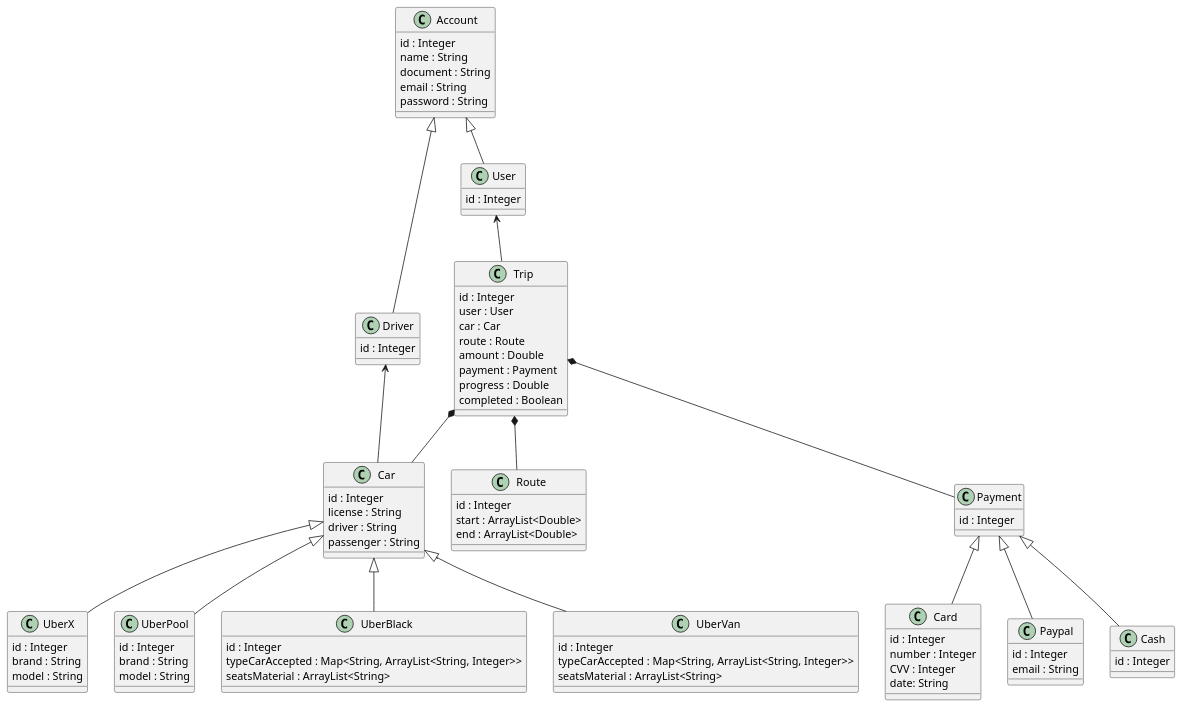
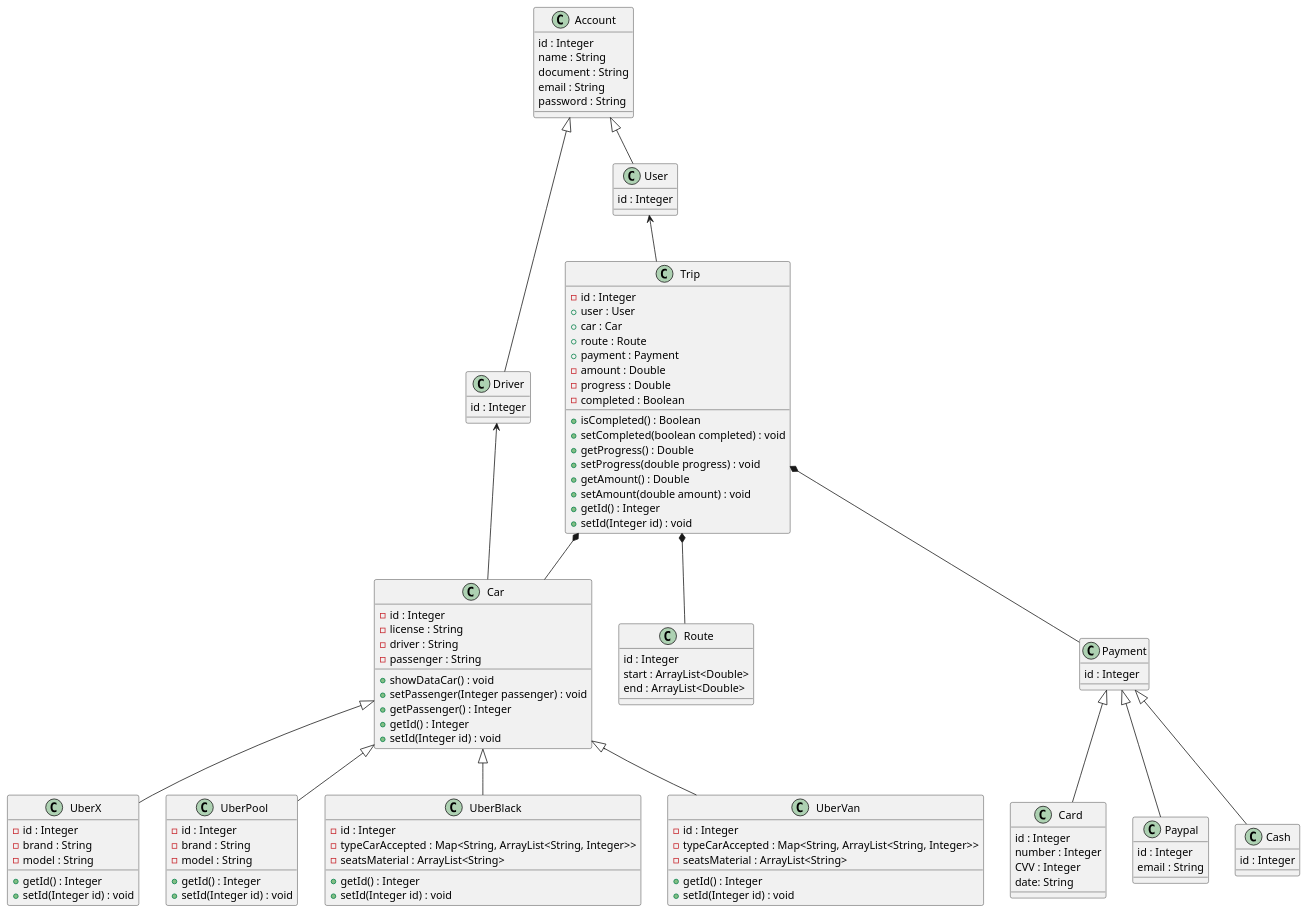
Before and after one commit to jsebasdm/AppUberPOO: the diagram in umldiagram.puml, drawn with PlantUML. The commit also changed 12 other files, not shown here.

Commit message:
Cambios en los archivos de Java: Encapsulamiento y Polimorfirmo en las clases de la familia 'Car' y adición de la clase Trip, con sus atributos, sus métodos y su metodo constructor, además cambios en modificadores de acceso y métodos en el diagrama de clases UML

```diff
--- a/umldiagram.puml
+++ b/umldiagram.puml
@@ -1,86 +1,107 @@
 @startuml
 class Account {
     id : Integer
     name : String
     document : String
     email : String
     password : String
 }
 class Car {
-    id : Integer
-    license : String
-    driver : String
-    passenger : String
+    -id : Integer
+    -license : String
+    -driver : String
+    -passenger : String
+    +showDataCar() : void
+    +setPassenger(Integer passenger) : void
+    +getPassenger() : Integer
+    +getId() : Integer
+    +setId(Integer id) : void
 }
 class Route {
     id : Integer
     start : ArrayList<Double>
     end : ArrayList<Double>
 }
 class Payment {
     id : Integer
 }
 class User {
     id : Integer
 }
 class Driver {
     id : Integer
 }
 class Card {
     id : Integer
     number : Integer
     CVV : Integer
     date: String
 }
 class Paypal {
     id : Integer
     email : String
 }
 class Cash {
     id : Integer
 }
 class UberX {
-    id : Integer
-    brand : String
-    model : String
+    -id : Integer
+    -brand : String
+    -model : String
+    +getId() : Integer
+    +setId(Integer id) : void
 }
 class UberPool {
-    id : Integer
-    brand : String
-    model : String
+    -id : Integer
+    -brand : String
+    -model : String
+    +getId() : Integer
+    +setId(Integer id) : void
 }
 class UberBlack {
-    id : Integer
-    typeCarAccepted : Map<String, ArrayList<String, Integer>>
-    seatsMaterial : ArrayList<String>
+    -id : Integer
+    -typeCarAccepted : Map<String, ArrayList<String, Integer>>
+    -seatsMaterial : ArrayList<String>
+    +getId() : Integer
+    +setId(Integer id) : void
 }
 class UberVan {
-    id : Integer
-    typeCarAccepted : Map<String, ArrayList<String, Integer>>
-    seatsMaterial : ArrayList<String>
+    -id : Integer
+    -typeCarAccepted : Map<String, ArrayList<String, Integer>>
+    -seatsMaterial : ArrayList<String>
+    +getId() : Integer
+    +setId(Integer id) : void
 }
 class Trip {
-    id : Integer
-    user : User
-    car : Car
-    route : Route
-    amount : Double
-    payment : Payment
-    progress : Double
-    completed : Boolean
+    -id : Integer
+    +user : User
+    +car : Car
+    +route : Route
+    +payment : Payment
+    -amount : Double
+    -progress : Double
+    -completed : Boolean
+    +isCompleted() : Boolean
+    +setCompleted(boolean completed) : void
+    +getProgress() : Double
+    +setProgress(double progress) : void
+    +getAmount() : Double
+    +setAmount(double amount) : void
+    +getId() : Integer
+    +setId(Integer id) : void
 }
 Car <|-- UberX
 Car <|-- UberPool
 Car <|-- UberBlack
 Car <|-- UberVan
 Payment <|-- Cash
 Payment <|-- Card
 Payment <|-- Paypal
 Trip *-- Car
 Trip *-- Route
 Trip *-- Payment
 Account <|-- Driver
 Account <|-- User
 User <-- Trip
 Driver <-- Car
 @enduml
```
